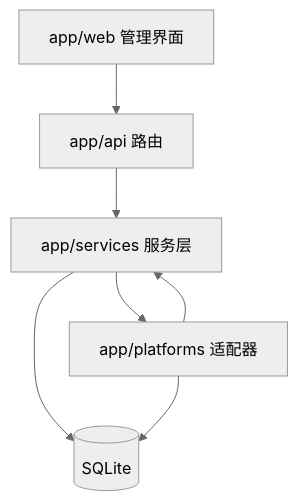
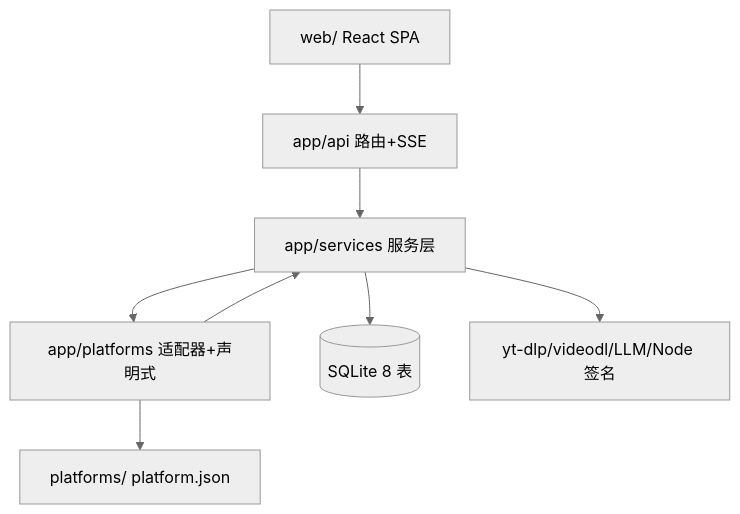
One commit to hunmer/FavAPI changed the diagram in CLAUDE.md. Above: the diagram before and after it, drawn with Mermaid (neutral theme). The commit also changed other lines of this file and 8 other files, not shown here.

````diff
--- a/CLAUDE.md
+++ b/CLAUDE.md
@@ -45,9 +42,10 @@
 ```mermaid
 graph TD
-    web[app/web 管理界面] --> api[app/api 路由]
+    spa[web/ React SPA] --> api[app/api 路由+SSE]
     api --> svc[app/services 服务层]
-    svc --> pf[app/platforms 适配器]
-    svc --> db[(SQLite)]
+    svc --> pf[app/platforms 适配器+声明式]
     pf --> svc
-    pf --> db
+    svc --> db[(SQLite 8 表)]
+    svc --> ext[yt-dlp/videodl/LLM/Node 签名]
+    pf --> cfg[platforms/ platform.json]
 ```
````
